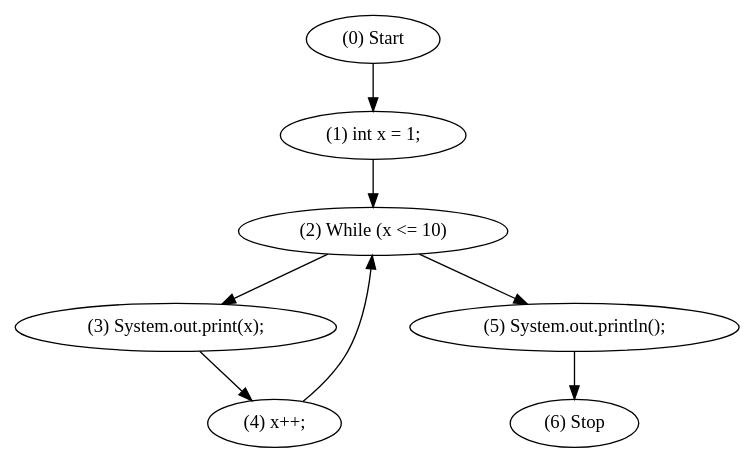
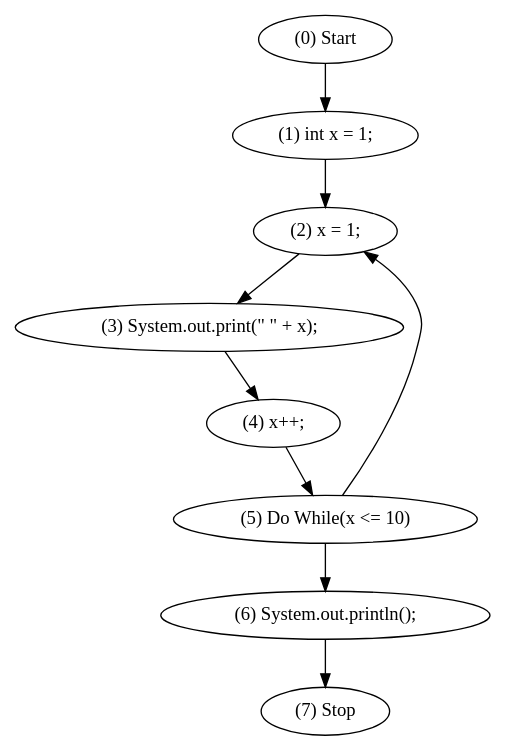
One commit to JuanColonGarcia/Metaprogram changed the diagram in dotsource.dot. Above: the diagram before and after it, drawn with Graphviz. The commit also changed 12 other files, not shown here.

```diff
--- a/dotsource.dot
+++ b/dotsource.dot
@@ -1,2 +1,2 @@
 digraph G {
-"(0) Start" -> "(1) int x = 1;""(1) int x = 1;" -> "(2) While (x <= 10)""(2) While (x <= 10)" -> "(3) System.out.print(x);""(3) System.out.print(x);" -> "(4) x++;""(4) x++;" -> "(2) While (x <= 10)""(2) While (x <= 10)" -> "(5) System.out.println();""(5) System.out.println();" -> "(6) Stop"}
+"(0) Start" -> "(1) int x = 1;""(1) int x = 1;" -> "(2) x = 1;""(2) x = 1;" -> "(3) System.out.print(\" \" + x);""(3) System.out.print(\" \" + x);" -> "(4) x++;""(4) x++;" -> "(5) Do While(x <= 10)""(5) Do While(x <= 10)" -> "(2) x = 1;""(5) Do While(x <= 10)" -> "(6) System.out.println();""(6) System.out.println();" -> "(7) Stop"}
```
